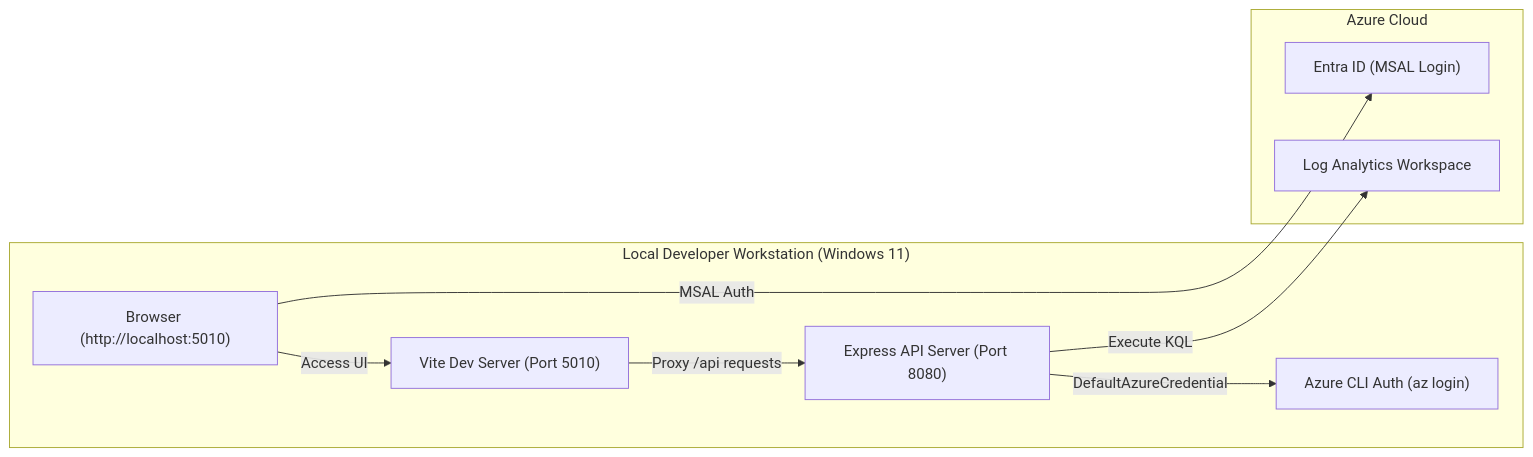
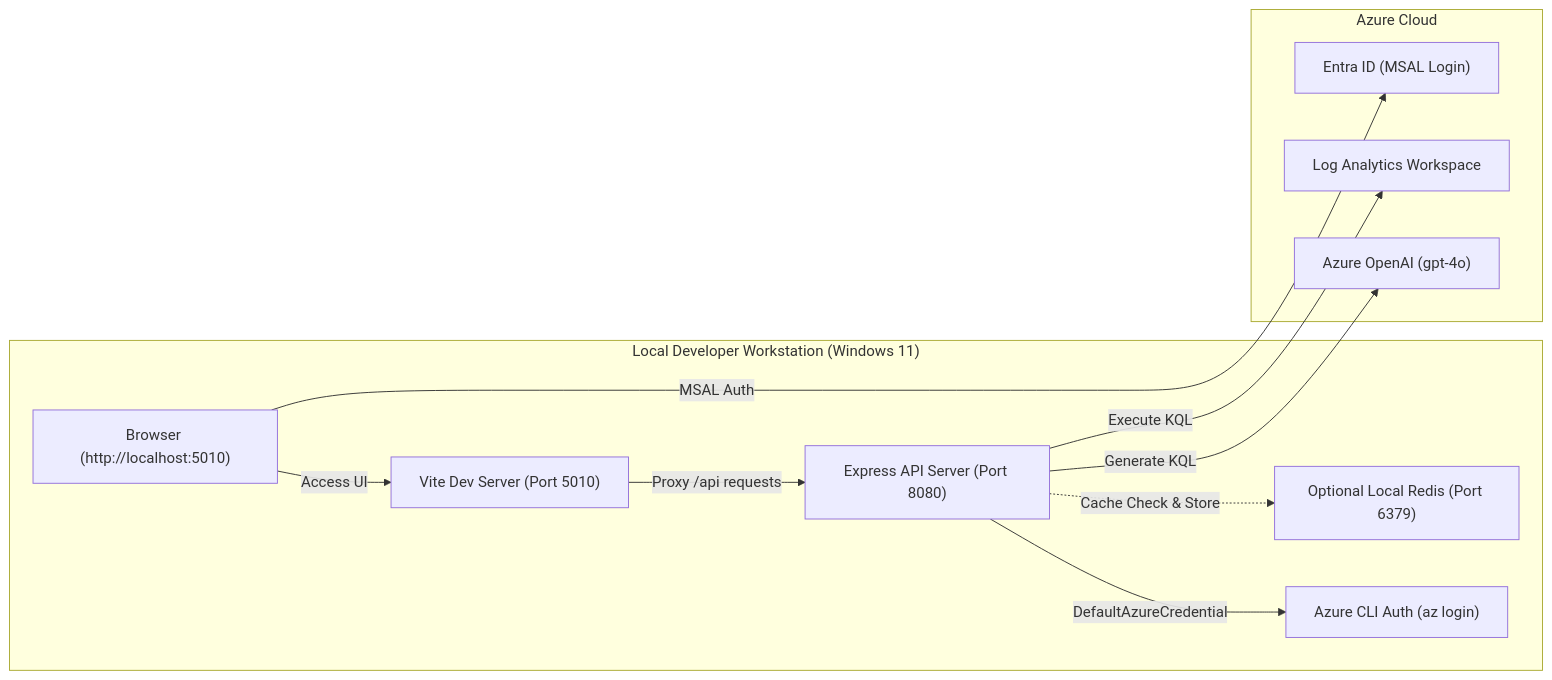
One commit to diny1729/LogAnalytics changed the fourth of 5 diagrams in Architecture.md. Above: the diagram before and after it, drawn with Mermaid. The commit also changed other lines of this file and 51 other files, not shown here.

Commit message:
feat(architecture): modularize client components, add ui-ux-pro-max skill, redis caching layer, and client/server architecture documentation

````diff
--- a/Architecture.md
+++ b/Architecture.md
@@ -154,20 +183,24 @@
 ```mermaid
 graph LR
     subgraph DeveloperMachine ["Local Developer Workstation (Windows 11)"]
         Browser["Browser (http://localhost:5010)"]
         ViteDev["Vite Dev Server (Port 5010)"]
         ExpressDev["Express API Server (Port 8080)"]
+        LocalRedis["Optional Local Redis (Port 6379)"]
         AzCLI["Azure CLI Auth (az login)"]
     end
 
     subgraph AzureCloud ["Azure Cloud"]
         EntraID["Entra ID (MSAL Login)"]
         LogAnalytics["Log Analytics Workspace"]
+        AzureOpenAI["Azure OpenAI (gpt-4o)"]
     end
 
     Browser -->|Access UI| ViteDev
     ViteDev -->|Proxy /api requests| ExpressDev
     Browser -->|MSAL Auth| EntraID
+    ExpressDev -.->|Cache Check & Store| LocalRedis
     ExpressDev -->|DefaultAzureCredential| AzCLI
     ExpressDev -->|Execute KQL| LogAnalytics
+    ExpressDev -->|Generate KQL| AzureOpenAI
 ```
````
